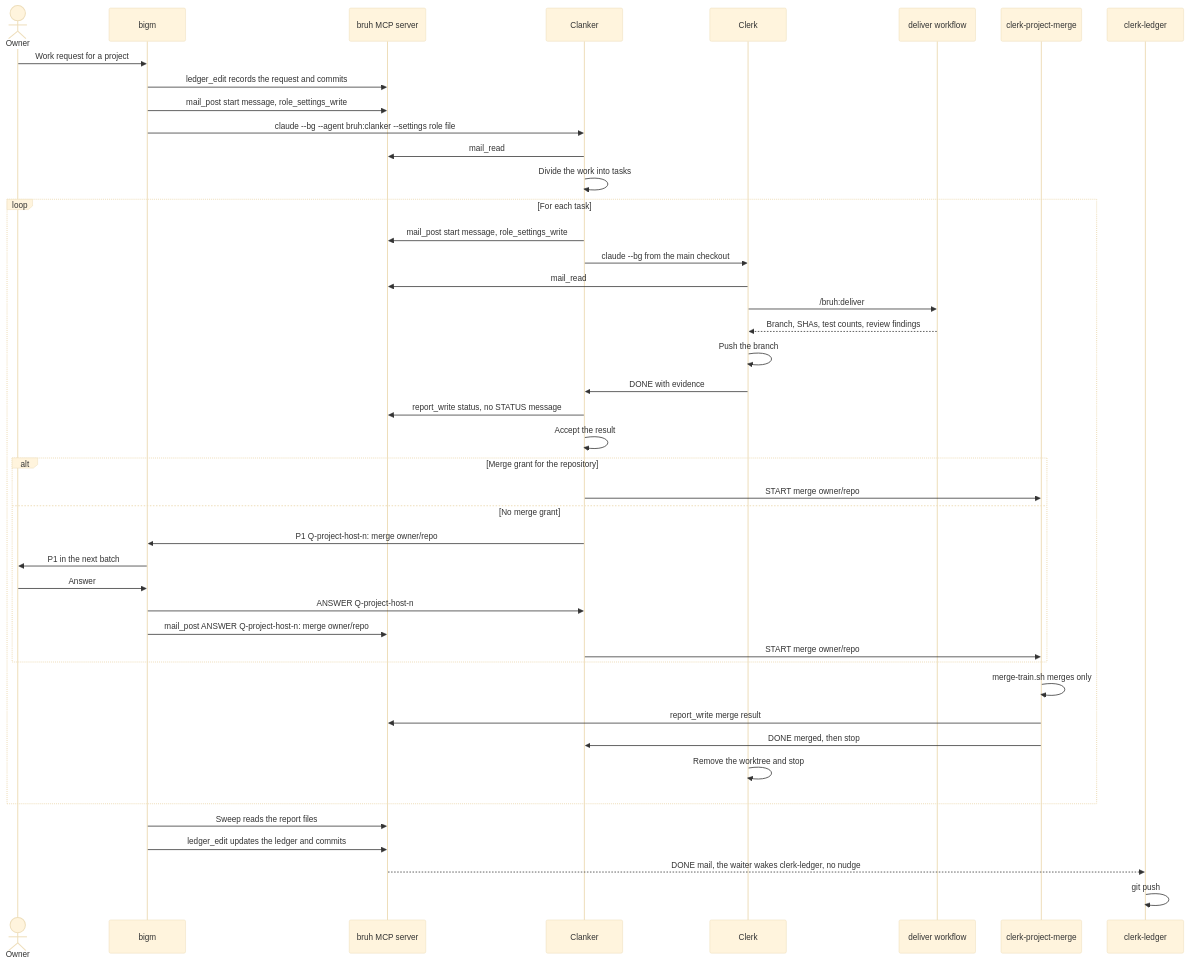
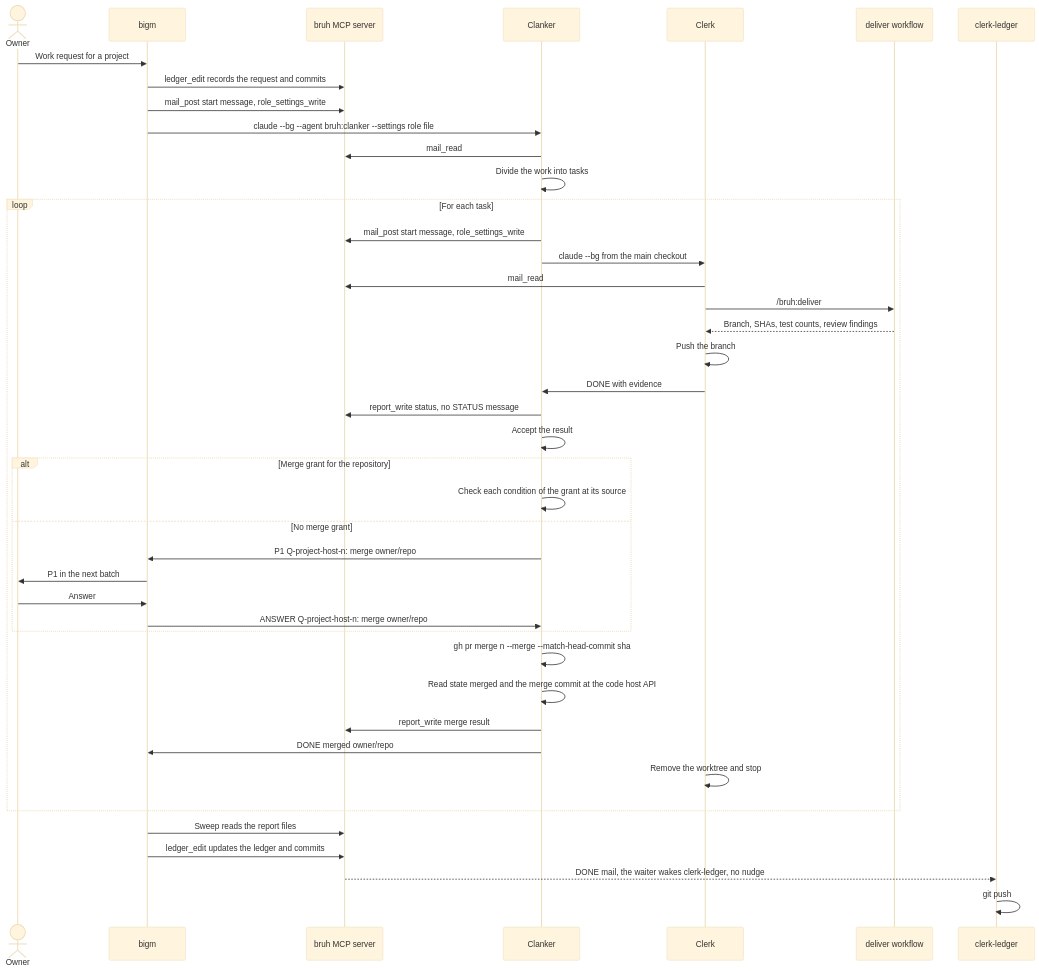
Before and after one commit to oter/bruh: the second of 7 diagrams in docs/flow.md, drawn with Mermaid (base theme). The commit also changed other lines of this file and 27 other files, not shown here.

First line of the commit message:
Drop the merge train and the merger clerk; the clanker merges

````diff
--- a/docs/flow.md
+++ b/docs/flow.md
@@ -70,46 +70,44 @@
 ```mermaid
 sequenceDiagram
     actor Owner
     participant bigm
     participant MCP as bruh MCP server
     participant Clanker
     participant Clerk
     participant WF as deliver workflow
-    participant Merger as clerk-project-merge
     participant CL as clerk-ledger
     Owner->>bigm: Work request for a project
     bigm->>MCP: ledger_edit records the request and commits
     bigm->>MCP: mail_post start message, role_settings_write
     bigm->>Clanker: claude --bg --agent bruh:clanker --settings role file
     Clanker->>MCP: mail_read
     Clanker->>Clanker: Divide the work into tasks
     loop For each task
         Clanker->>MCP: mail_post start message, role_settings_write
         Clanker->>Clerk: claude --bg from the main checkout
         Clerk->>MCP: mail_read
         Clerk->>WF: /bruh:deliver
         WF-->>Clerk: Branch, SHAs, test counts, review findings
         Clerk->>Clerk: Push the branch
         Clerk->>Clanker: DONE with evidence
         Clanker->>MCP: report_write status, no STATUS message
         Clanker->>Clanker: Accept the result
         alt Merge grant for the repository
-            Clanker->>Merger: START merge owner/repo#n with the grant as the cover
+            Clanker->>Clanker: Check each condition of the grant at its source
         else No merge grant
             Clanker->>bigm: P1 Q-project-host-n: merge owner/repo#n?
             bigm->>Owner: P1 in the next batch
             Owner->>bigm: Answer
-            bigm->>Clanker: ANSWER Q-project-host-n
-            bigm->>MCP: mail_post ANSWER Q-project-host-n: merge owner/repo#n approved, to clerk-project-merge
-            Clanker->>Merger: START merge owner/repo#n with the ANSWER as the cover
+            bigm->>Clanker: ANSWER Q-project-host-n: merge owner/repo#n approved
         end
-        Merger->>Merger: merge-train.sh merges only #n, confirms with the code host API
-        Merger->>MCP: report_write merge result
-        Merger->>Clanker: DONE merged, then stop
+        Clanker->>Clanker: gh pr merge n --merge --match-head-commit sha
+        Clanker->>Clanker: Read state merged and the merge commit at the code host API
+        Clanker->>MCP: report_write merge result
+        Clanker->>bigm: DONE merged owner/repo#n with the source read
         Clerk->>Clerk: Remove the worktree and stop
     end
     bigm->>MCP: Sweep reads the report files
     bigm->>MCP: ledger_edit updates the ledger and commits
     MCP-->>CL: DONE mail, the waiter wakes clerk-ledger, no nudge
     CL->>CL: git push
 ```
````
